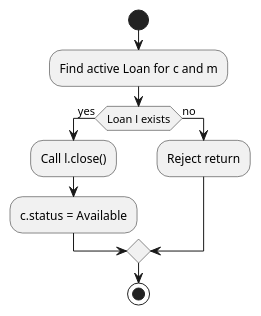
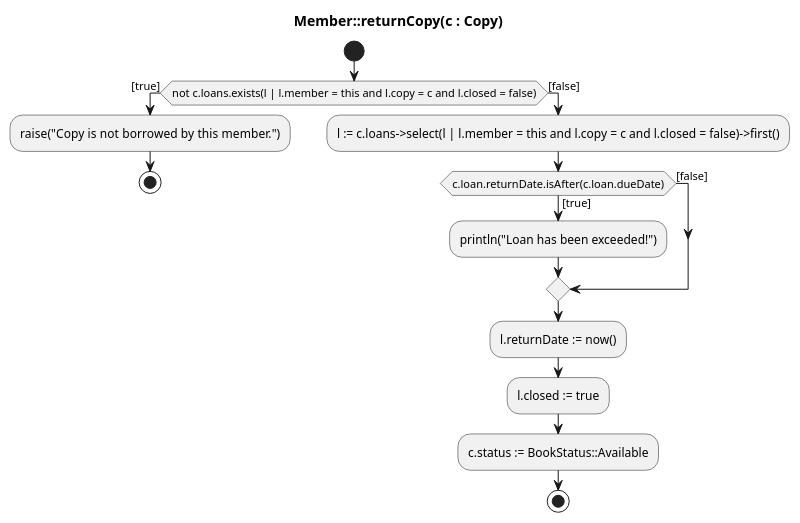
Before and after one commit to scx-othr/MoProCo-evaluation: the diagram in library/classical-uml/return-copy.puml, drawn with PlantUML. The commit also changed 31 other files, not shown here.

Commit message:
Prepare initial evaluation data for all three case studies (shop, airline, library; classical uml, black box prompt, moproco)

```diff
--- a/library/classical-uml/return-copy.puml
+++ b/library/classical-uml/return-copy.puml
@@ -1,13 +1,18 @@
 @startuml
+title Member::returnCopy(c : Copy)
+
 start
-:Find active Loan for c and m;
-
-if (Loan l exists) then (yes)
-  :Call l.close();
-  :c.status = Available;
-else (no)
-  :Reject return;
-endif
-
+if (not c.loans.exists(l | l.member = this and l.copy = c and l.closed = false)) then ([true])
+  :raise("Copy is not borrowed by this member.");
+  stop
+else ([false])
+    :l := c.loans->select(l | l.member = this and l.copy = c and l.closed = false)->first();
+    if (c.loan.returnDate.isAfter(c.loan.dueDate)) then ([true])
+        :println("Loan has been exceeded!");
+    else ([false])
+    endif
+    :l.returnDate := now();
+    :l.closed := true;
+    :c.status := BookStatus::Available;
 stop
 @enduml
```
